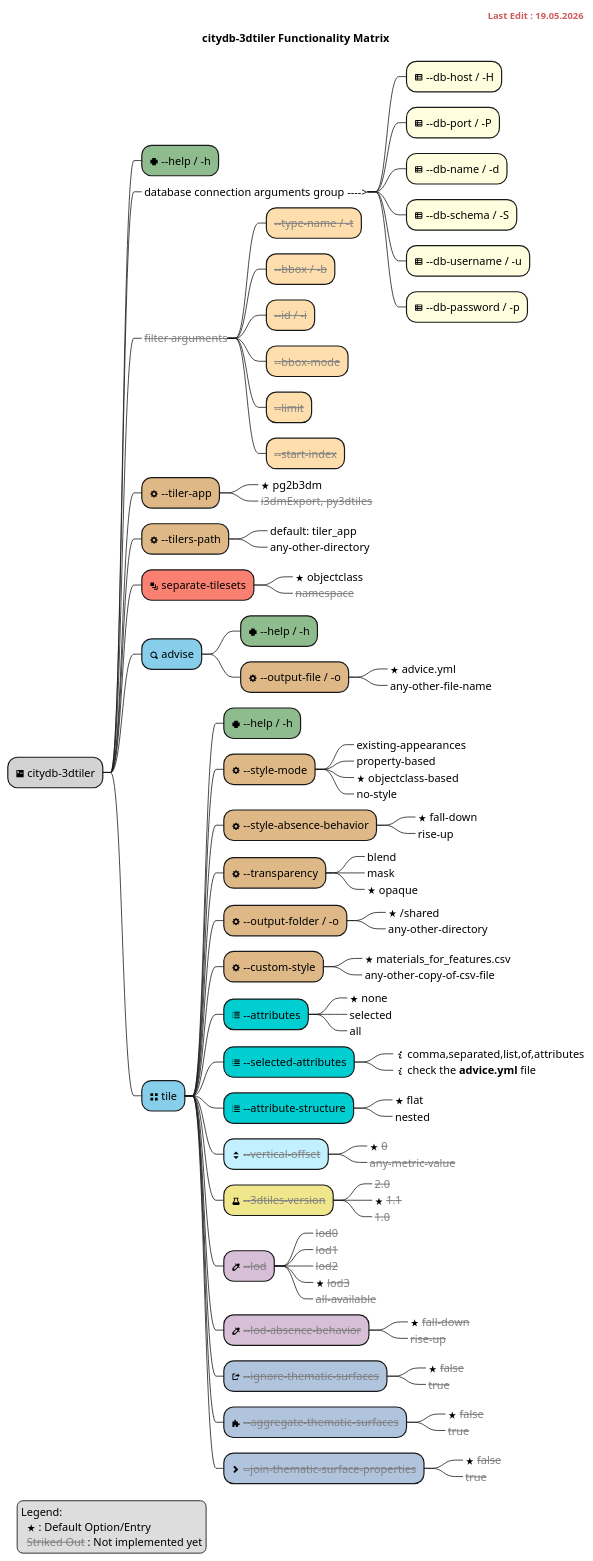
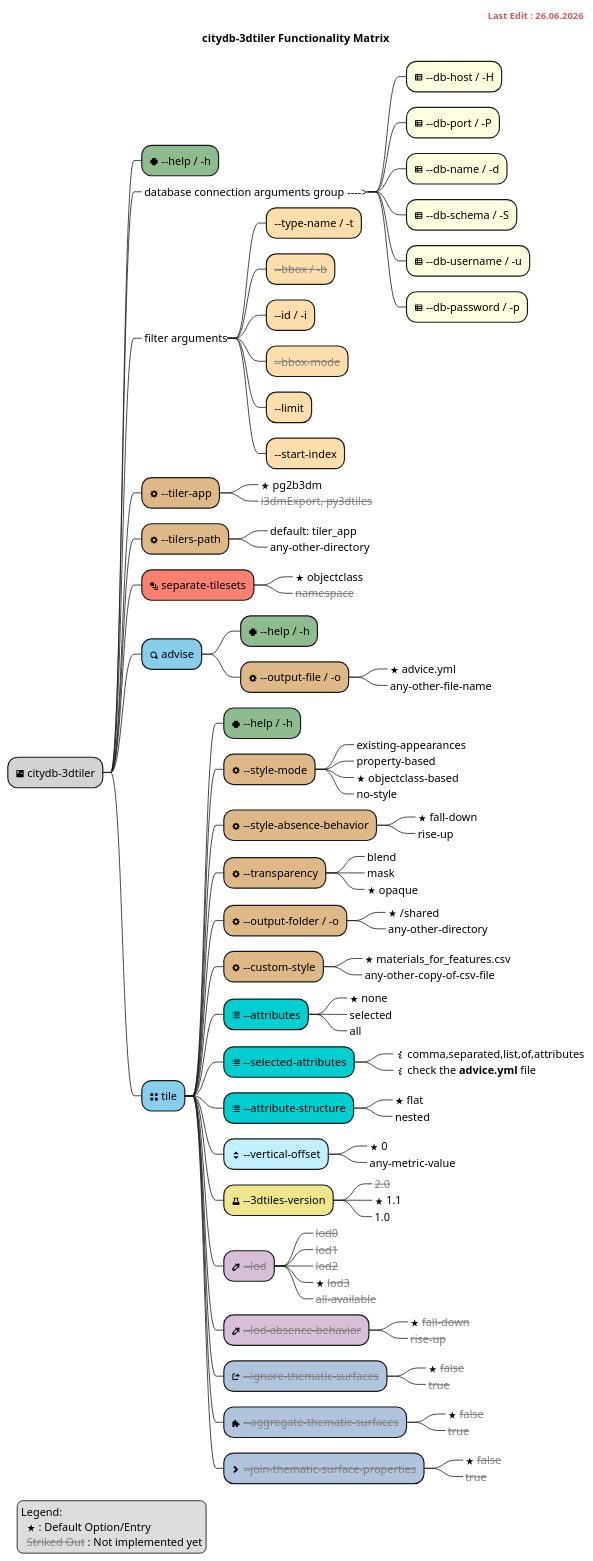
The first of 4 diagrams in docs/developer_docs.md (tum-gis/citydb-3dtiler), drawn with PlantUML before and after one commit. The commit also changed 3 other files, not shown here.

Commit message:
filter options -id & --type-name adapted

```diff
--- a/docs/developer_docs.md
+++ b/docs/developer_docs.md
@@ -19,7 +19,7 @@
 title citydb-3dtiler Functionality Matrix
 
 right header
-<font color=indianred size=12><b>Last Edit : 19.05.2026</b></font>
+<font color=indianred size=12><b>Last Edit : 26.06.2026</b></font>
 endheader
 
 *[#lightgray] <&terminal> citydb-3dtiler
@@ -34,13 +34,13 @@
 ***[#lightyellow] <&spreadsheet> --db-username / -u
 ***[#lightyellow] <&spreadsheet> --db-password / -p
 
-**_ <font color=gray><s>filter arguments</s></font>
-***[#navajowhite] <font color=gray><s>--type-name / -t</s></font>
+**_ filter arguments
+***[#navajowhite] --type-name / -t
 ***[#navajowhite] <font color=gray><s>--bbox / -b</s></font>
-***[#navajowhite] <font color=gray><s>--id / -i</s></font>
+***[#navajowhite] --id / -i
 ***[#navajowhite] <font color=gray><s>--bbox-mode</s></font>
-***[#navajowhite] <font color=gray><s>--limit</s></font>
-***[#navajowhite] <font color=gray><s>--start-index</s></font>
+***[#navajowhite] --limit
+***[#navajowhite] --start-index
 
 **[#burlywood] <&cog> --tiler-app
 ***_ <&star> pg2b3dm
@@ -98,14 +98,14 @@
 ****_ <&star> flat
 ****_ nested
 
-***[#application] <&elevator> <font color=gray><s>--vertical-offset</s></font>
-****_ <&star> <font color=gray><s>0</s></font>
-****_ <font color=gray><s>any-metric-value</s></font>
+***[#application] <&elevator> --vertical-offset
+****_ <&star> 0
+****_ any-metric-value
 
-***[#khaki] <&beaker> <font color=gray><s>--3dtiles-version</s></font>
+***[#khaki] <&beaker> --3dtiles-version
 ****_ <font color=gray><s>2.0</s></font>
-****_ <&star> <font color=gray><s>1.1</s></font>
-****_ <font color=gray><s>1.0</s></font>
+****_ <&star> 1.1
+****_ 1.0
 
 ***[#thistle] <&eyedropper> <font color=gray><s>--lod</s></font>
 ****_ <font color=gray><s>lod0</s></font>
```
